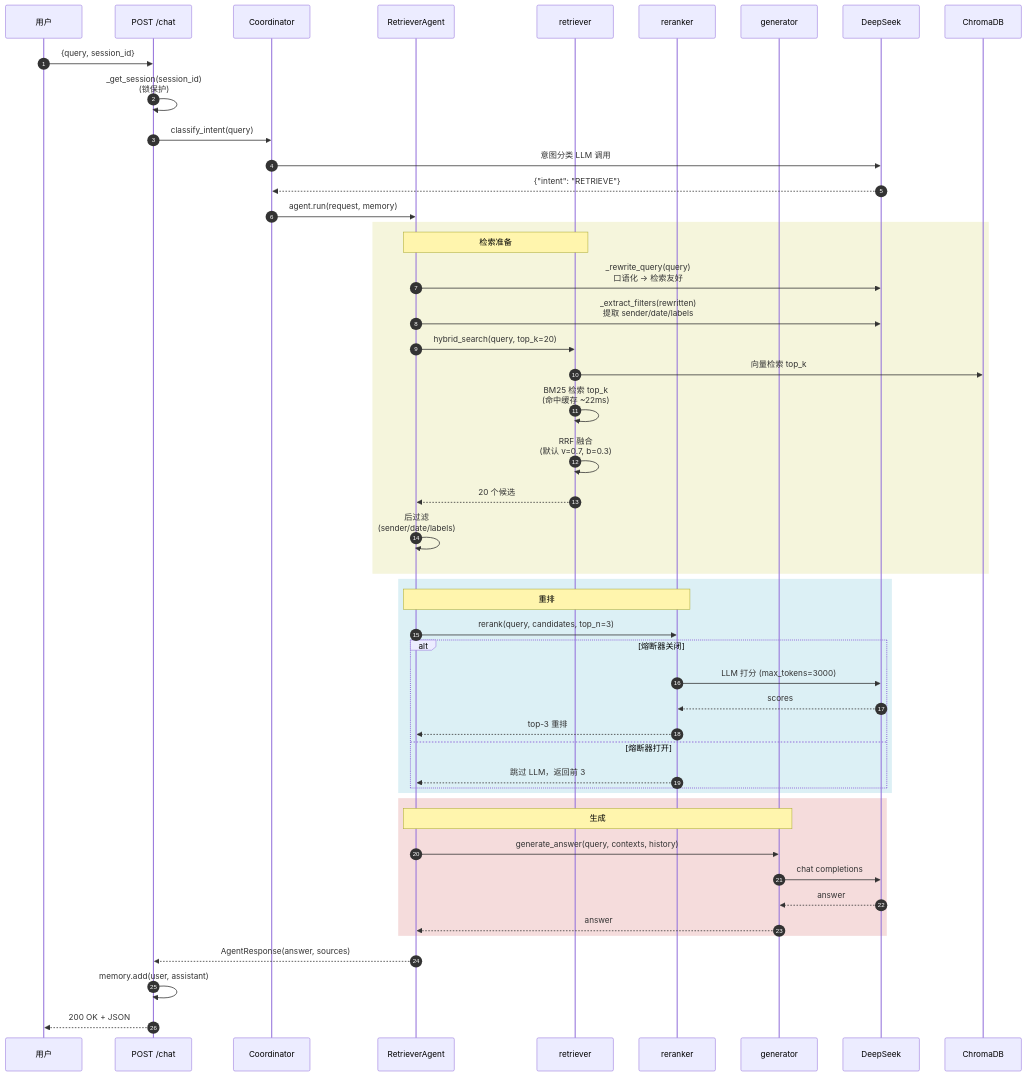
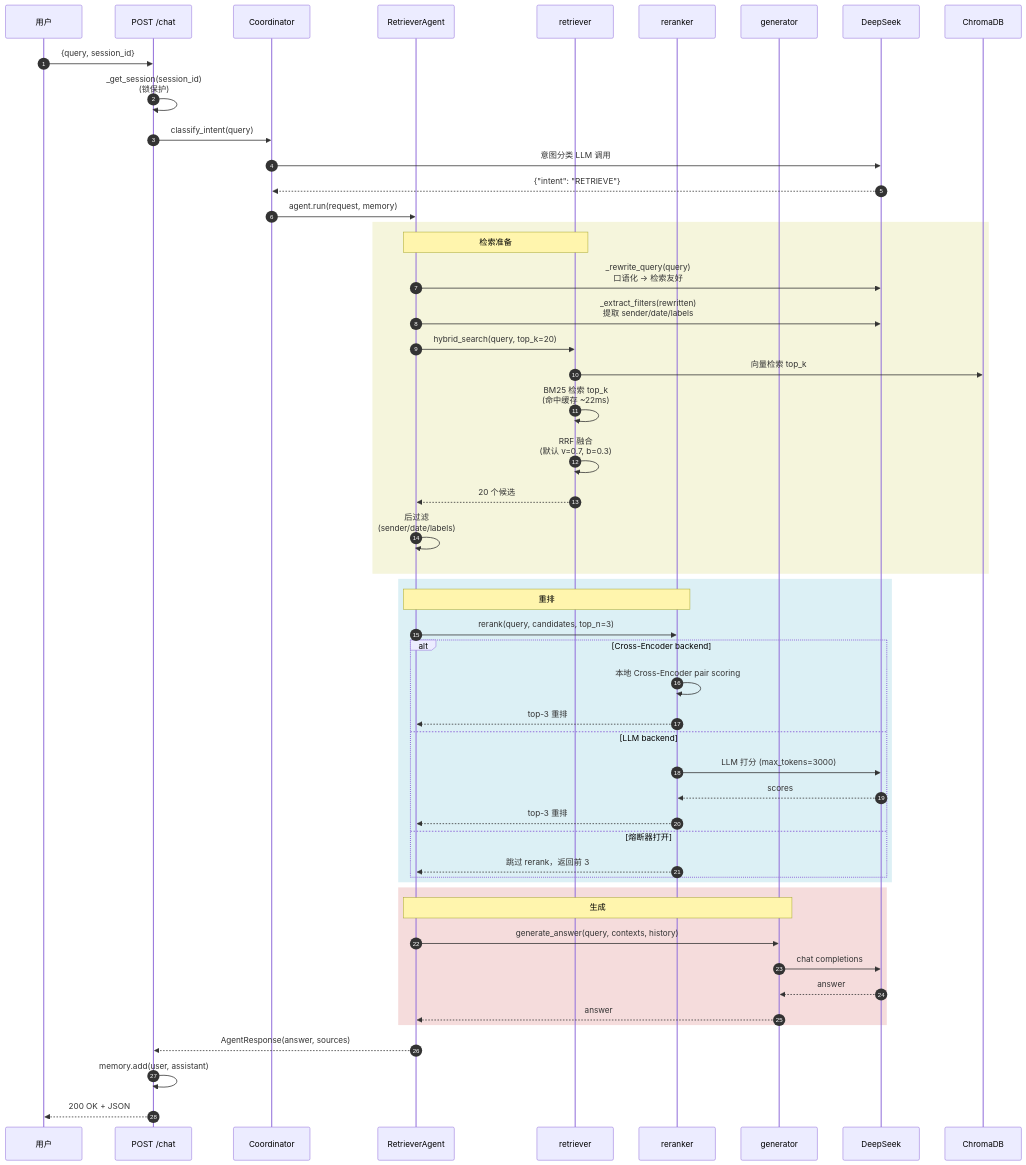
One commit to Yoimiya2627/email-rag-agent changed the third of 12 diagrams in docs/architecture.md. Above: the diagram before and after it, drawn with Mermaid. The commit also changed other lines of this file and 12 other files, not shown here.

Commit message:
feat: add cross-encoder reranker evaluation

````diff
--- a/docs/architecture.md
+++ b/docs/architecture.md
@@ -141,56 +141,59 @@
 ```mermaid
 sequenceDiagram
     autonumber
     participant U as 用户
     participant API as POST /chat
     participant Co as Coordinator
     participant RA as RetrieverAgent
     participant Ret as retriever
     participant RR as reranker
     participant Gen as generator
     participant DS as DeepSeek
     participant DB as ChromaDB
 
     U->>API: {query, session_id}
     API->>API: _get_session(session_id)<br/>(锁保护)
     API->>Co: classify_intent(query)
     Co->>DS: 意图分类 LLM 调用
     DS-->>Co: {"intent": "RETRIEVE"}
     Co->>RA: agent.run(request, memory)
 
     rect rgb(245, 245, 220)
     Note over RA,Ret: 检索准备
     RA->>DS: _rewrite_query(query)<br/>口语化 → 检索友好
     RA->>DS: _extract_filters(rewritten)<br/>提取 sender/date/labels
     RA->>Ret: hybrid_search(query, top_k=20)
     Ret->>DB: 向量检索 top_k
     Ret->>Ret: BM25 检索 top_k<br/>(命中缓存 ~22ms)
     Ret->>Ret: RRF 融合<br/>(默认 v=0.7, b=0.3)
     Ret-->>RA: 20 个候选
     RA->>RA: 后过滤<br/>(sender/date/labels)
     end
 
     rect rgb(220, 240, 245)
     Note over RA,RR: 重排
     RA->>RR: rerank(query, candidates, top_n=3)
-    alt 熔断器关闭
+    alt Cross-Encoder backend
+        RR->>RR: 本地 Cross-Encoder pair scoring
+        RR-->>RA: top-3 重排
+    else LLM backend
         RR->>DS: LLM 打分 (max_tokens=3000)
         DS-->>RR: scores
         RR-->>RA: top-3 重排
     else 熔断器打开
-        RR-->>RA: 跳过 LLM，返回前 3
+        RR-->>RA: 跳过 rerank，返回前 3
     end
     end
 
     rect rgb(245, 220, 220)
     Note over RA,Gen: 生成
     RA->>Gen: generate_answer(query, contexts, history)
     Gen->>DS: chat completions
     DS-->>Gen: answer
     Gen-->>RA: answer
     end
 
     RA-->>API: AgentResponse(answer, sources)
     API->>API: memory.add(user, assistant)
     API-->>U: 200 OK + JSON
 ```
````
